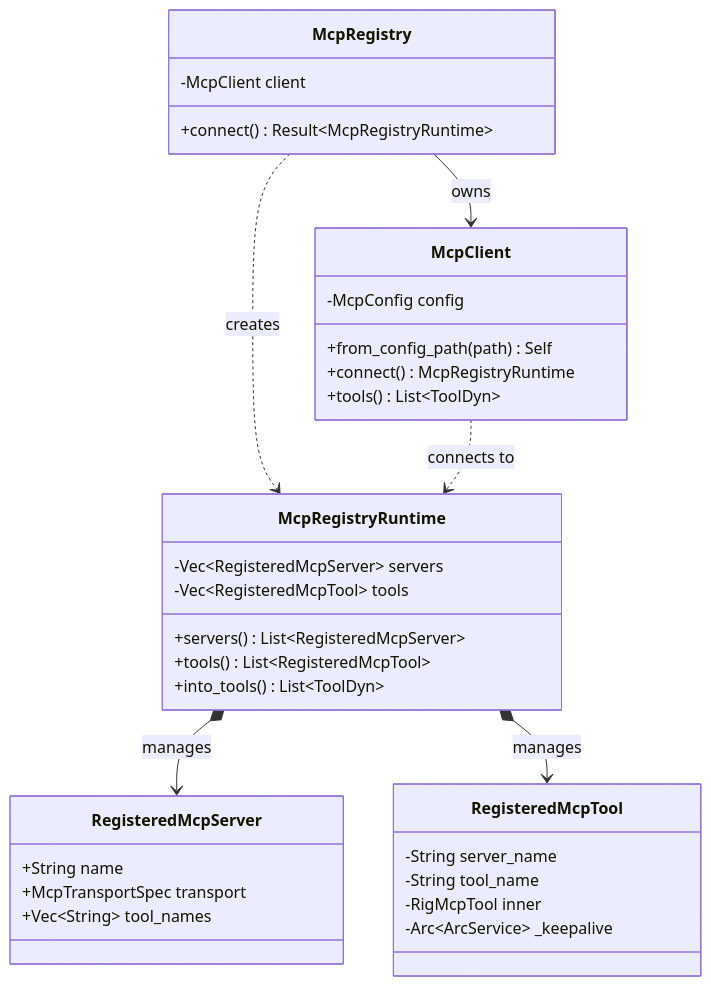
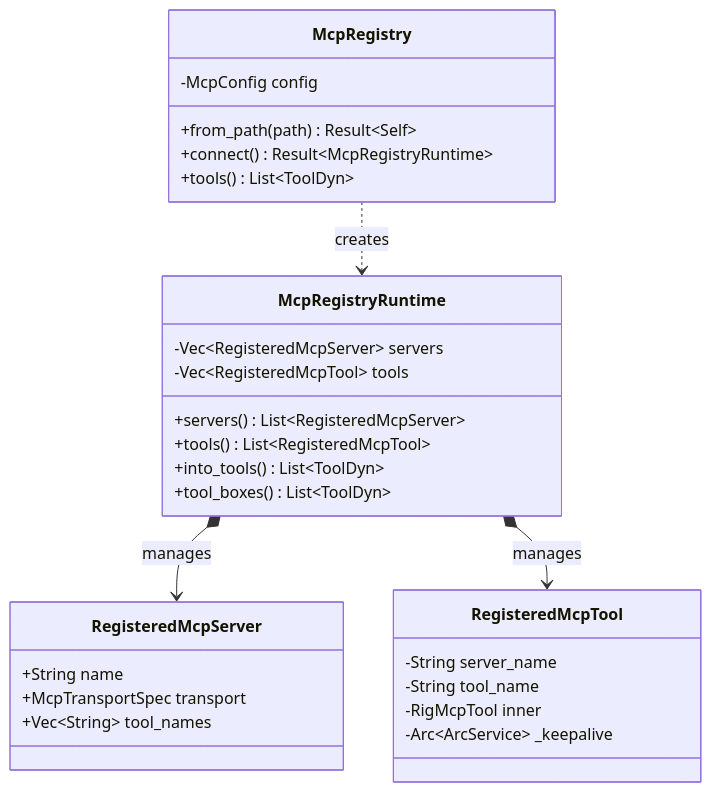
The second of 4 diagrams in docs/diagrams/class-diagram.md (skaarfundgandr/agent_rs), drawn with Mermaid before and after one commit. The commit also changed other lines of this file and 14 other files, not shown here.

Commit message:
docs: document web search capability, update API references and class diagrams

````diff
--- a/docs/diagrams/class-diagram.md
+++ b/docs/diagrams/class-diagram.md
@@ -78,42 +78,36 @@
 ```mermaid
 classDiagram
     direction TB
-    class McpClient {
+    class McpRegistry {
         -McpConfig config
-        +from_config_path(path) Self
-        +connect() McpRegistryRuntime
+        +from_path(path) Result~Self~
+        +connect() Result~McpRegistryRuntime~
         +tools() List~ToolDyn~
-    }
-
-    class McpRegistry {
-        -McpClient client
-        +connect() Result~McpRegistryRuntime~
     }
 
     class McpRegistryRuntime {
         -Vec~RegisteredMcpServer~ servers
         -Vec~RegisteredMcpTool~ tools
         +servers() List~RegisteredMcpServer~
         +tools() List~RegisteredMcpTool~
         +into_tools() List~ToolDyn~
+        +tool_boxes() List~ToolDyn~
     }
 
     class RegisteredMcpServer {
         +String name
         +McpTransportSpec transport
         +Vec~String~ tool_names
     }
 
     class RegisteredMcpTool {
         -String server_name
         -String tool_name
         -RigMcpTool inner
         -Arc~ArcService~ _keepalive
     }
 
-    McpRegistry --> McpClient : owns
     McpRegistry ..> McpRegistryRuntime : creates
-    McpClient ..> McpRegistryRuntime : connects to
     McpRegistryRuntime *--> RegisteredMcpServer : manages
     McpRegistryRuntime *--> RegisteredMcpTool : manages
 ```
````
